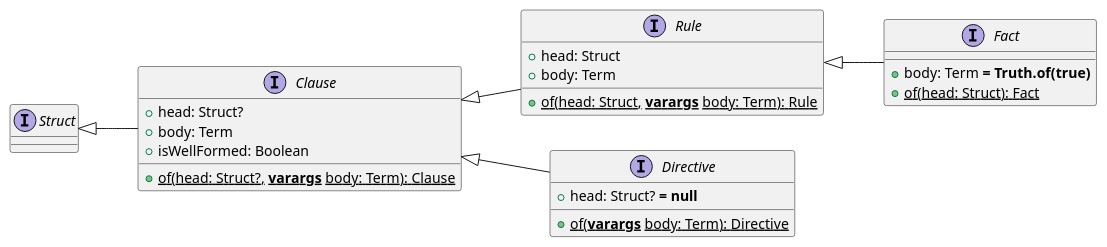
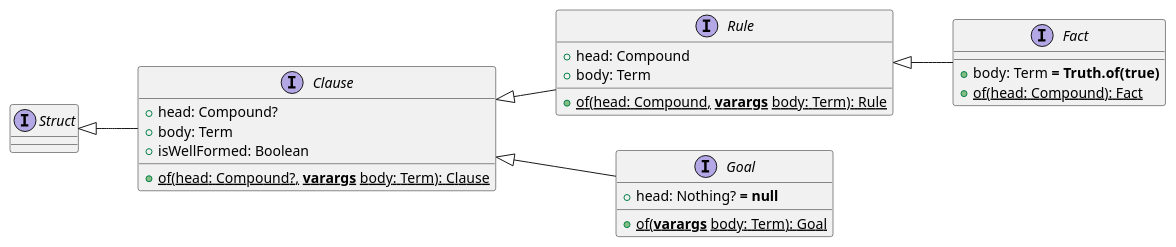
Before and after one commit to tuProlog/2p-kt: the diagram in documentation/diagrams/clause.puml, drawn with PlantUML. The commit also changed 9 other files, not shown here.

```diff
--- a/documentation/diagrams/clause.puml
+++ b/documentation/diagrams/clause.puml
@@ -1,30 +1,30 @@
 @startuml
 left to right direction
 skinparam shadowing false
 
 interface Struct
 
 interface Clause {
-  + head: Struct?
+  + head: Compound?
   + body: Term
   + isWellFormed: Boolean
-  + {static} of(head: Struct?, **varargs** body: Term): Clause
+  + {static} of(head: Compound?, **varargs** body: Term): Clause
 }
 interface Rule {
-  + head: Struct
+  + head: Compound
   + body: Term
-  + {static} of(head: Struct, **varargs** body: Term): Rule
+  + {static} of(head: Compound, **varargs** body: Term): Rule
 }
-interface Directive {
-  + head: Struct? **= null**
-  + {static} of(**varargs** body: Term): Directive
+interface Goal {
+  + head: Nothing? **= null**
+  + {static} of(**varargs** body: Term): Goal
 }
 interface Fact {
   + body: Term **= Truth.of(true)**
-  + {static} of(head: Struct): Fact
+  + {static} of(head: Compound): Fact
 }
 Struct <|-- Clause
 Clause <|-- Rule
-Clause <|-- Directive
+Clause <|-- Goal
 Rule <|-- Fact
 @enduml
```
